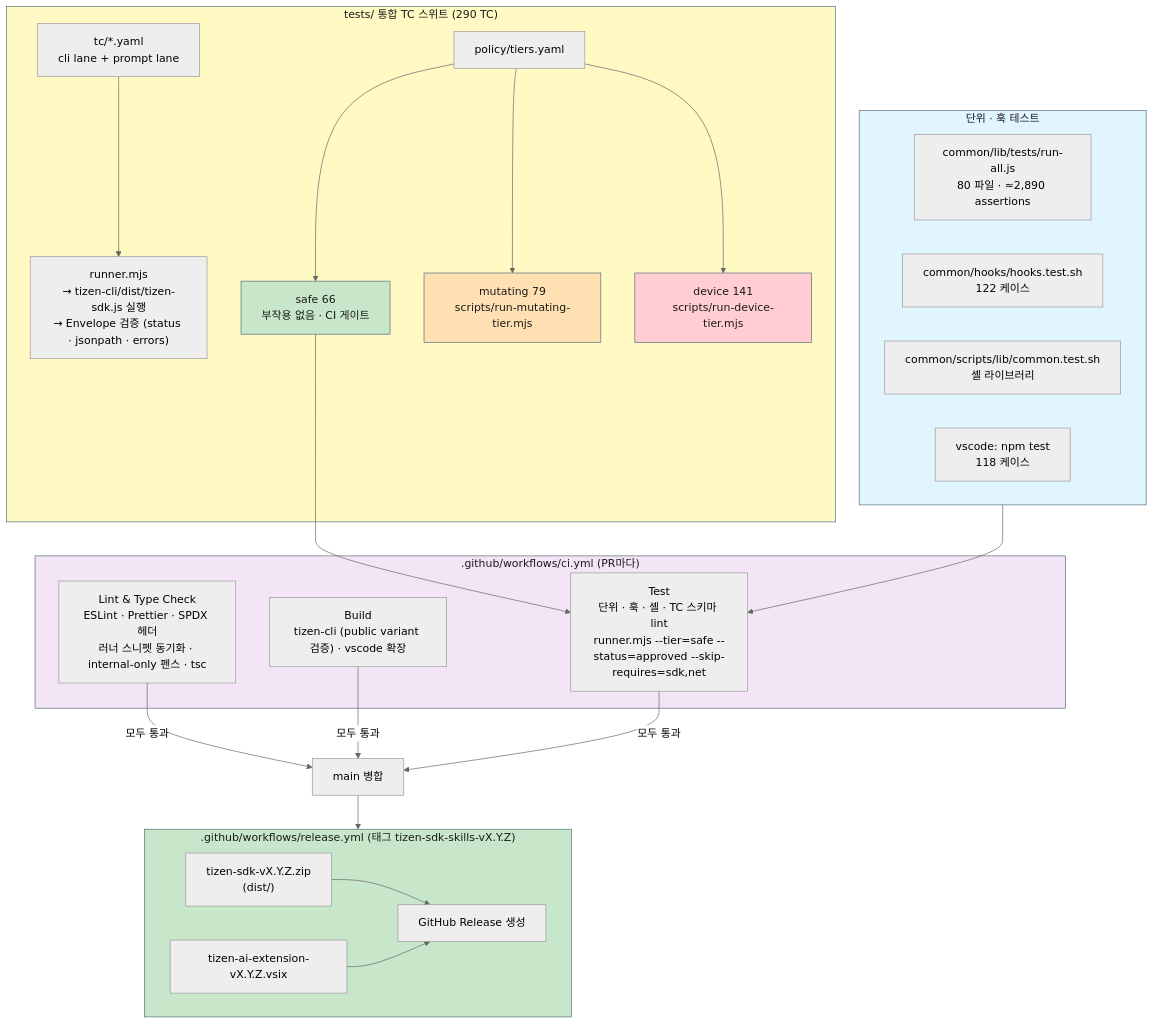
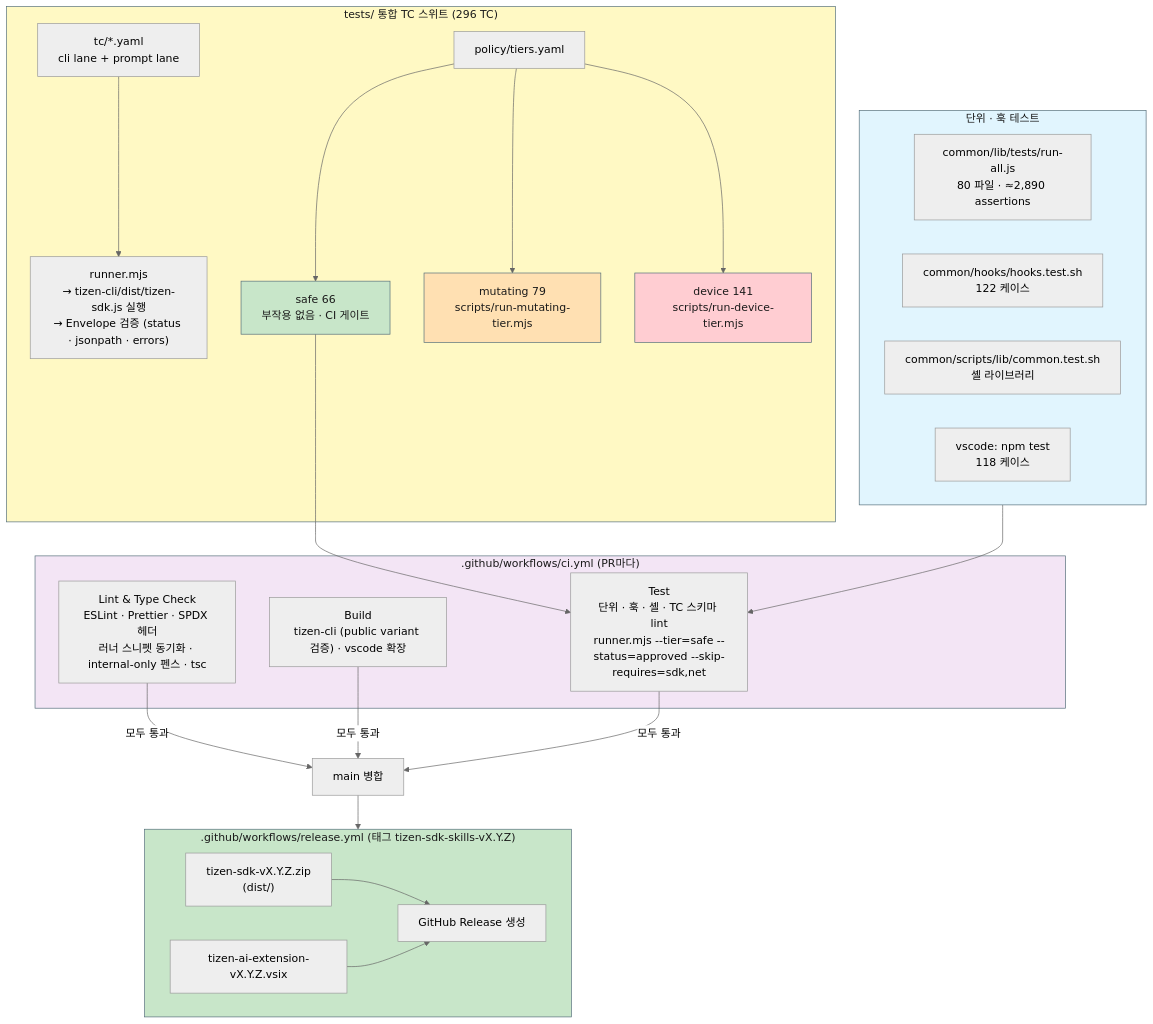
The tenth of 10 diagrams in tizen-sdk-skills/docs/ARCHITECTURE_DIAGRAMS.md (Samsung/tizen-agent-skills), drawn with Mermaid (neutral theme) before and after one commit. The commit also changed other lines of this file and 3 other files, not shown here.

````diff
--- a/tizen-sdk-skills/docs/ARCHITECTURE_DIAGRAMS.md
+++ b/tizen-sdk-skills/docs/ARCHITECTURE_DIAGRAMS.md
@@ -449,45 +449,45 @@
 ```mermaid
 graph TB
     subgraph UNIT["단위 · 훅 테스트"]
         UT["common/lib/tests/run-all.js<br/>80 파일 · ≈2,890 assertions"]
         HT["common/hooks/hooks.test.sh<br/>122 케이스"]
         SLT["common/scripts/lib/common.test.sh<br/>셸 라이브러리"]
         VT["vscode: npm test<br/>118 케이스"]
     end
 
-    subgraph SUITE["tests/ 통합 TC 스위트 (290 TC)"]
+    subgraph SUITE["tests/ 통합 TC 스위트 (296 TC)"]
         TC["tc/*.yaml<br/>cli lane + prompt lane"]
         RUNNER["runner.mjs<br/>→ tizen-cli/dist/tizen-sdk.js 실행<br/>→ Envelope 검증 (status · jsonpath · errors)"]
         TIERS["policy/tiers.yaml"]
         SAFE["safe 66<br/>부작용 없음 · CI 게이트"]
         MUT["mutating 79<br/>scripts/run-mutating-tier.mjs"]
         DEV["device 141<br/>scripts/run-device-tier.mjs"]
         TC --> RUNNER
         TIERS --> SAFE & MUT & DEV
     end
 
     subgraph CI[".github/workflows/ci.yml (PR마다)"]
         J1["Lint & Type Check<br/>ESLint · Prettier · SPDX 헤더<br/>러너 스니펫 동기화 · internal-only 펜스 · tsc"]
         J2["Build<br/>tizen-cli (public variant 검증) · vscode 확장"]
         J3["Test<br/>단위 · 훅 · 셸 · TC 스키마 lint<br/>runner.mjs --tier=safe --status=approved --skip-requires=sdk,net"]
     end
 
     subgraph REL[".github/workflows/release.yml (태그 tizen-sdk-skills-vX.Y.Z)"]
         R1["tizen-sdk-vX.Y.Z.zip<br/>(dist/)"]
         R2["tizen-ai-extension-vX.Y.Z.vsix"]
         R3["GitHub Release 생성"]
         R1 & R2 --> R3
     end
 
     UNIT --> J3
     SAFE --> J3
     J1 & J2 & J3 -->|"모두 통과"| MERGE["main 병합"] --> REL
 
     style UNIT fill:#e1f5fe,stroke:#546e7a,color:#1a1a1a
     style SUITE fill:#fff9c4,stroke:#546e7a,color:#1a1a1a
     style SAFE fill:#c8e6c9,stroke:#546e7a,color:#1a1a1a
     style MUT fill:#ffe0b2,stroke:#546e7a,color:#1a1a1a
     style DEV fill:#ffcdd2,stroke:#546e7a,color:#1a1a1a
     style CI fill:#f3e5f5,stroke:#546e7a,color:#1a1a1a
     style REL fill:#c8e6c9,stroke:#546e7a,color:#1a1a1a
 ```
````
